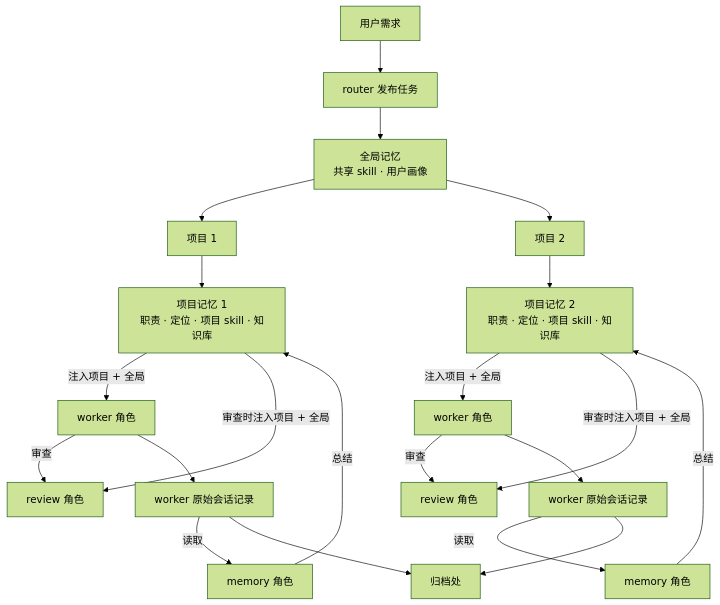
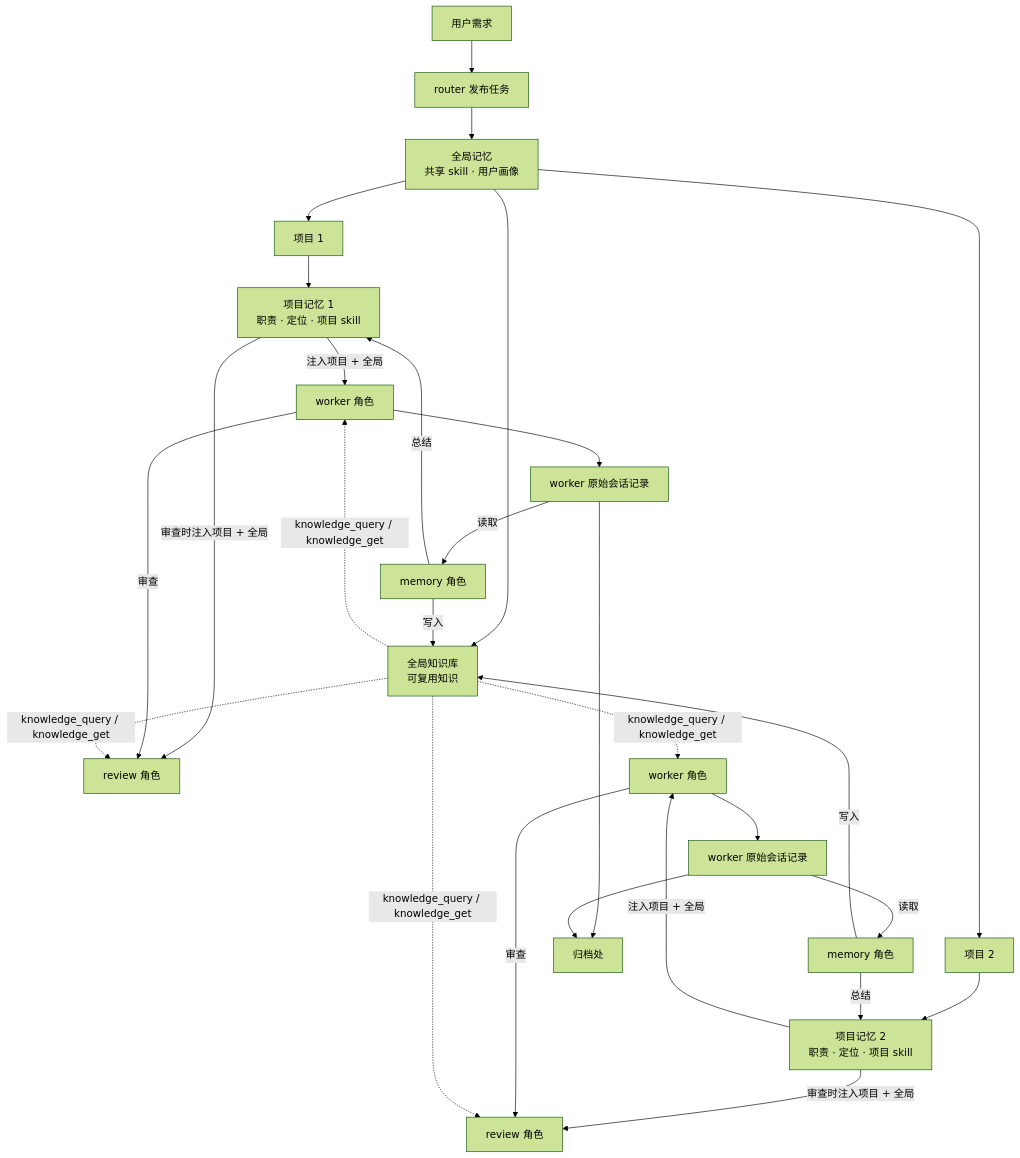
Before and after one commit to LMQ00/superagent-lite: the diagram in docs/diagrams/003-memory-system.md, drawn with Mermaid (forest theme). The commit also changed other lines of this file and 23 other files, not shown here.

````diff
--- a/docs/diagrams/003-memory-system.md
+++ b/docs/diagrams/003-memory-system.md
@@ -5,23 +5,30 @@
 ```mermaid
 flowchart TB
   U["用户需求"] --> R["router 发布任务"]
   R --> G["全局记忆<br/>共享 skill · 用户画像"]
   G --> P1["项目 1"]
   G --> P2["项目 2"]
-  P1 --> PM1["项目记忆 1<br/>职责 · 定位 · 项目 skill · 知识库"]
-  P2 --> PM2["项目记忆 2<br/>职责 · 定位 · 项目 skill · 知识库"]
+  P1 --> PM1["项目记忆 1<br/>职责 · 定位 · 项目 skill"]
+  P2 --> PM2["项目记忆 2<br/>职责 · 定位 · 项目 skill"]
+  G --> KB["全局知识库<br/>可复用知识"]
   PM1 -->|注入项目 + 全局| W1["worker 角色"]
   PM1 -->|审查时注入项目 + 全局| V1["review 角色"]
   PM2 -->|注入项目 + 全局| W2["worker 角色"]
   PM2 -->|审查时注入项目 + 全局| V2["review 角色"]
   W1 -->|审查| V1
   W2 -->|审查| V2
   W1 --> A1["worker 原始会话记录"]
   W2 --> A2["worker 原始会话记录"]
   A1 -->|读取| M1["memory 角色"]
   A2 -->|读取| M2["memory 角色"]
   M1 -->|总结| PM1
   M2 -->|总结| PM2
+  M1 -->|写入| KB
+  M2 -->|写入| KB
+  KB -.->|knowledge_query / knowledge_get| W1
+  KB -.->|knowledge_query / knowledge_get| V1
+  KB -.->|knowledge_query / knowledge_get| W2
+  KB -.->|knowledge_query / knowledge_get| V2
   A1 --> AR["归档处"]
   A2 --> AR
 ```
````
